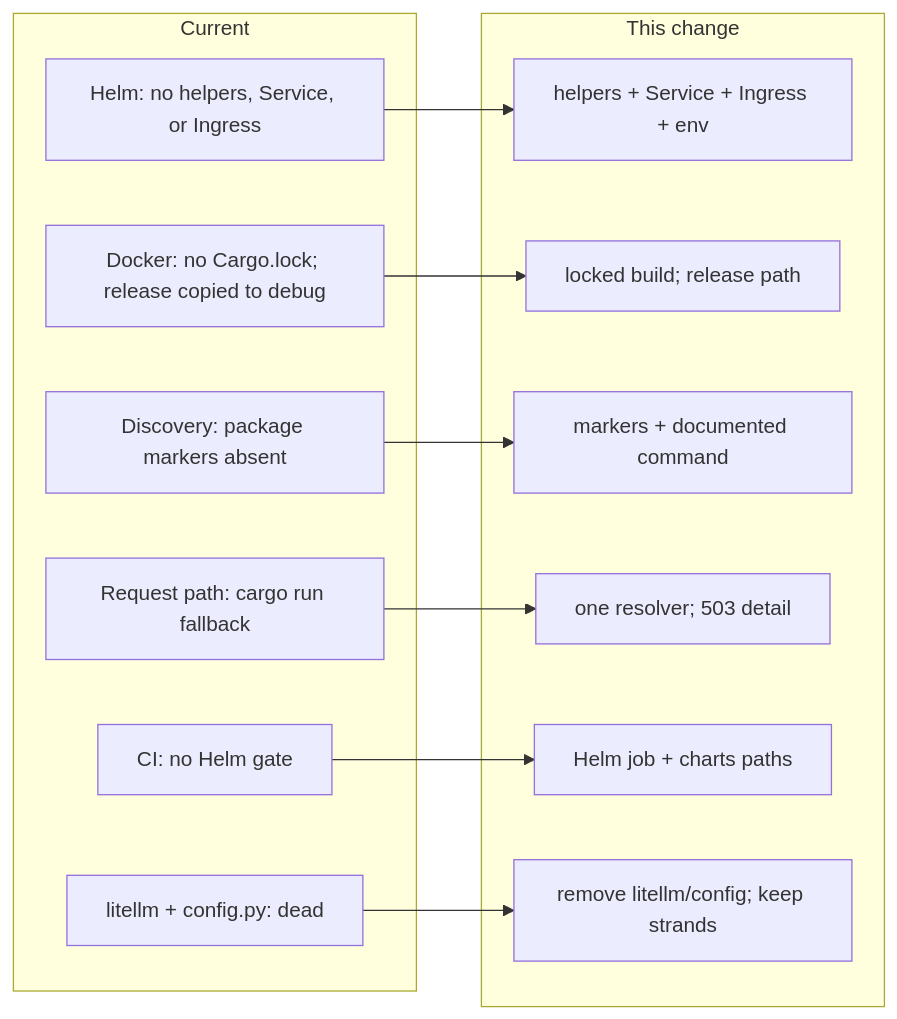
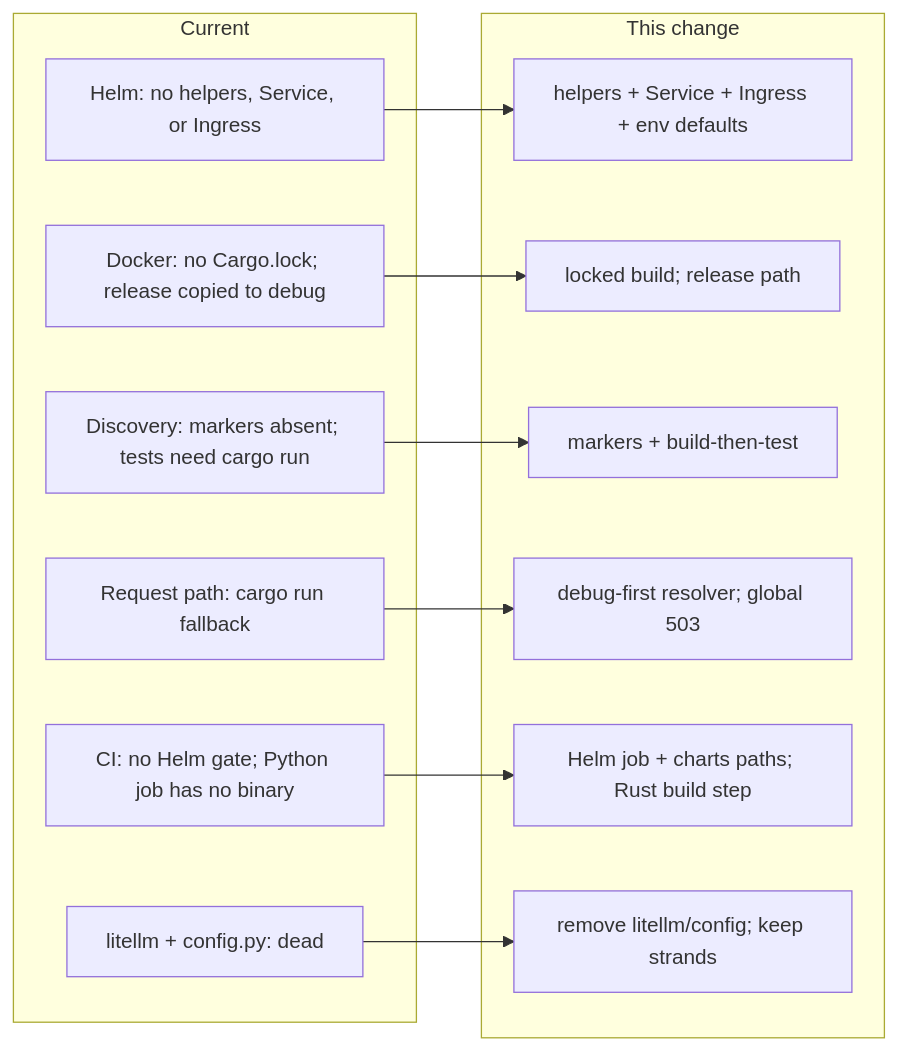
Before and after one commit to hcross/robotrader: the diagram in openspec/changes/harden-build-packaging/proposal.md, drawn with Mermaid. The commit also changed other lines of this file and 6 other files, not shown here.

````diff
--- a/openspec/changes/harden-build-packaging/proposal.md
+++ b/openspec/changes/harden-build-packaging/proposal.md
@@ -12,25 +12,25 @@
 ```mermaid
 flowchart LR
   subgraph Broken["Current"]
     H["Helm: no helpers, Service, or Ingress"]
     D["Docker: no Cargo.lock; release copied to debug"]
-    P["Discovery: package markers absent"]
+    P["Discovery: markers absent; tests need cargo run"]
     R["Request path: cargo run fallback"]
-    C["CI: no Helm gate"]
+    C["CI: no Helm gate; Python job has no binary"]
     X["litellm + config.py: dead"]
   end
   subgraph Fixed["This change"]
-    H2["helpers + Service + Ingress + env"]
+    H2["helpers + Service + Ingress + env defaults"]
     D2["locked build; release path"]
-    P2["markers + documented command"]
-    R2["one resolver; 503 detail"]
-    C2["Helm job + charts paths"]
+    P2["markers + build-then-test"]
+    R2["debug-first resolver; global 503"]
+    C2["Helm job + charts paths; Rust build step"]
     X2["remove litellm/config; keep strands"]
   end
   H --> H2
   D --> D2
   P --> P2
   R --> R2
   C --> C2
   X --> X2
 ```
````
